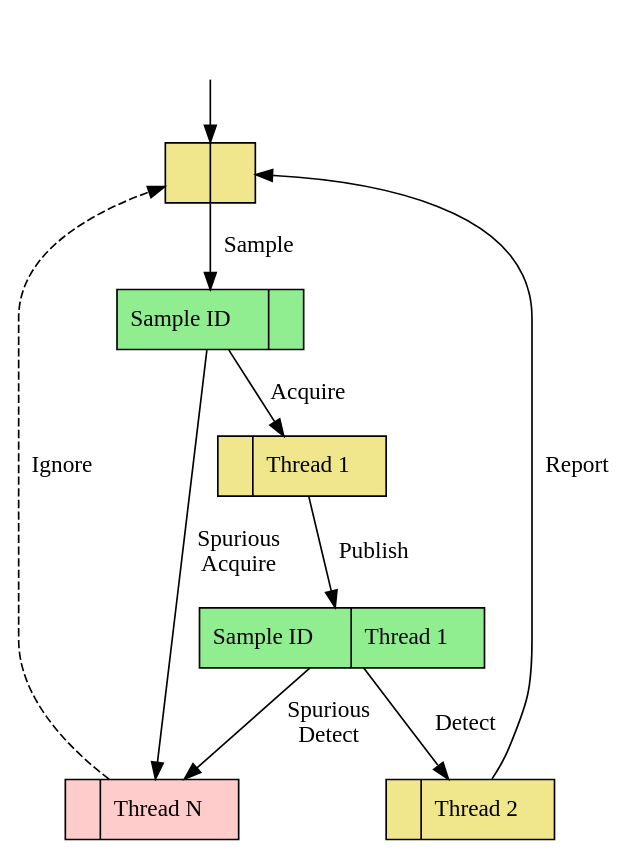
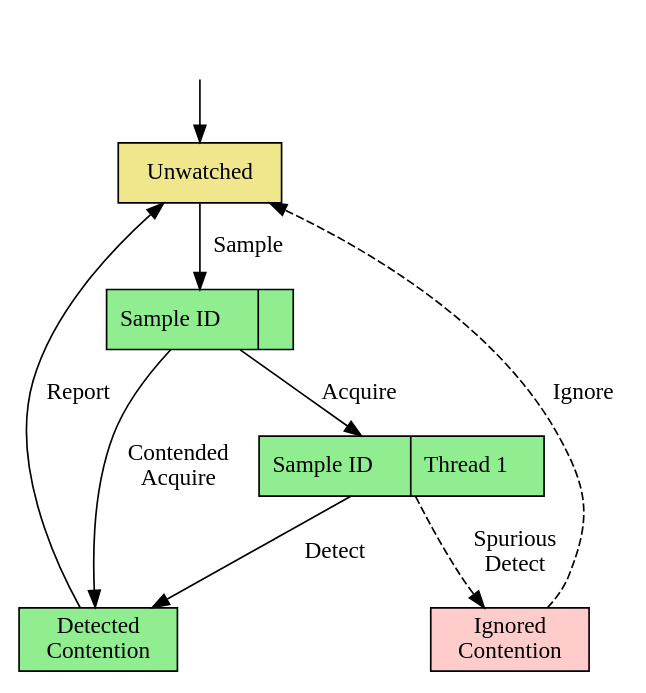
The diagram in HotOS'15/states.dot (Granary/papers), drawn with Graphviz before and after one commit. The commit also changed 2 other files, not shown here.

```diff
--- a/HotOS'15/states.dot
+++ b/HotOS'15/states.dot
@@ -1,20 +1,20 @@
 digraph {
   node [fontfamily=serif shape=record nojustify=false labeljust=l style=filled];
   entry -> unwatched;
   unwatched -> watched_unowned [label=" Sample"];
-  watched_unowned -> unwatched_owned [label="Acquire"];
-  watched_unowned -> missed [label="Spurious\nAcquire"];
-  unwatched_owned -> watched_owned [label="Publish"];
-  watched_owned -> unwatched_contended [label="Detect"];
-  watched_owned -> missed [label="Spurious\nDetect"];
+  watched_unowned -> watched_owned [label="Acquire"];
+  watched_unowned -> contended [label="Contended\nAcquire"];
+  /*unwatched_owned -> watched_owned [label="Publish"];*/
+  watched_owned -> contended [label="Detect"];
+  watched_owned -> missed [label="Spurious\nDetect" style=dashed];
   missed -> unwatched [label=" Ignore" style=dashed];
-  unwatched_contended -> unwatched [label=" Report"];
+  contended -> unwatched [label=" Report"];
 
   entry [color=white label=""];
-  unwatched [label=<|> fillcolor="#F0E68C"];
+  unwatched [label="Unwatched" fillcolor="#F0E68C"];
   watched_unowned [label=<Sample ID|> fillcolor="#90EE90"];
-  unwatched_owned [label=<|Thread 1> fillcolor="#F0E68C"];
+  /*unwatched_owned [label=<|Thread 1> fillcolor="#F0E68C"];*/
   watched_owned [label=<Sample ID|Thread 1> fillcolor="#90EE90"];
-  unwatched_contended [label=<|Thread 2> fillcolor="#F0E68C"];
-  missed [label=<|Thread N> fillcolor="#FFCCCC"];
+  contended [label="Detected\nContention" fillcolor="#90EE90"];
+  missed [label="Ignored\nContention" fillcolor="#FFCCCC"];
 } 
```
